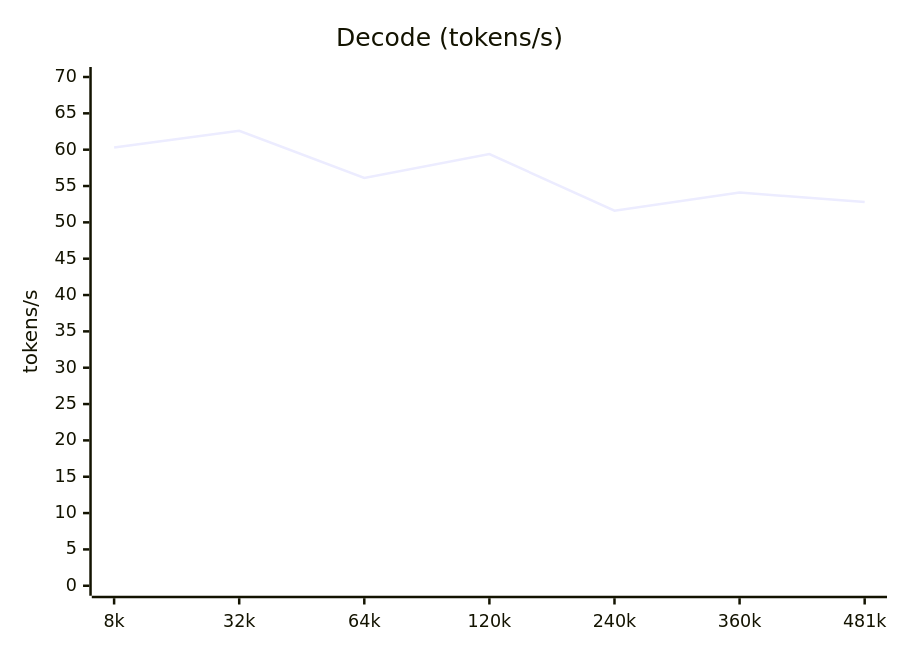
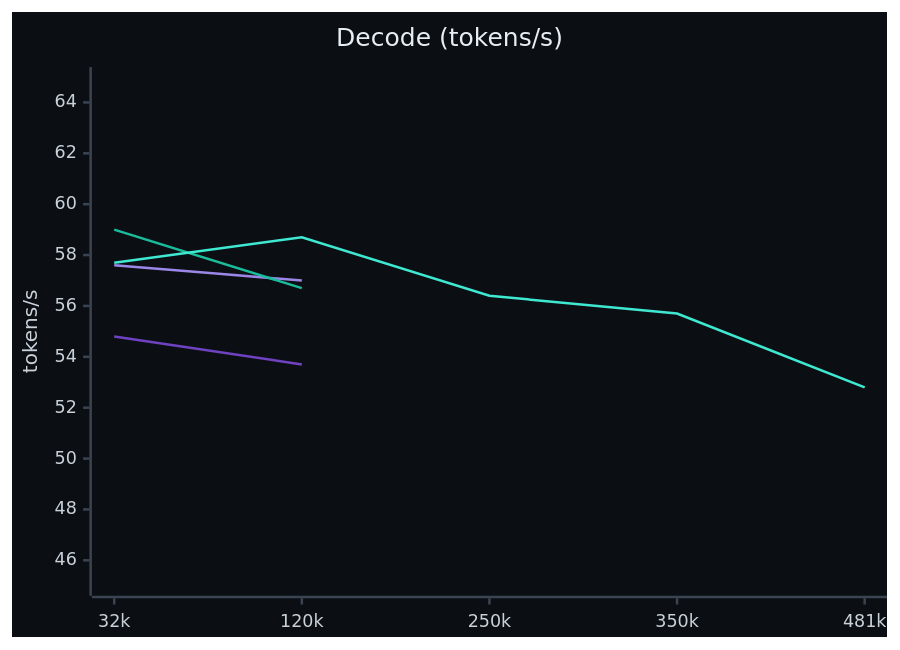
The second of 2 diagrams in README.md (Cheblan/strixite), drawn with Mermaid before and after one commit. The commit also changed other lines of this file, not shown here.

Commit message:
README: speed charts by release (v0.1.0 to v0.4.0), in the banner's colors

````diff
--- a/README.md
+++ b/README.md
@@ -34,7 +41,11 @@
 ```mermaid
+%%{init: {"theme": "base", "themeVariables": {"xyChart": {"backgroundColor": "#0b0f14", "titleColor": "#e6edf3", "xAxisLabelColor": "#c9d1d9", "yAxisLabelColor": "#c9d1d9", "xAxisTitleColor": "#c9d1d9", "yAxisTitleColor": "#c9d1d9", "xAxisLineColor": "#3b4552", "yAxisLineColor": "#3b4552", "xAxisTickColor": "#3b4552", "yAxisTickColor": "#3b4552", "plotColorPalette": "#6f42c1, #9b87e8, #1abc9c, #3fe8d0"}}}}%%
 xychart-beta
     title "Decode (tokens/s)"
-    x-axis ["8k", "32k", "64k", "120k", "240k", "360k", "481k"]
-    y-axis "tokens/s" 0 --> 70
-    line [60.3, 62.6, 56.1, 59.4, 51.6, 54.1, 52.8]
+    x-axis ["32k", "120k", "250k", "350k", "481k"]
+    y-axis "tokens/s" 45 --> 65
+    line [54.8, 53.7]
+    line [57.6, 57.0]
+    line [59.0, 56.7]
+    line [57.7, 58.7, 56.4, 55.7, 52.8]
 ```
````
